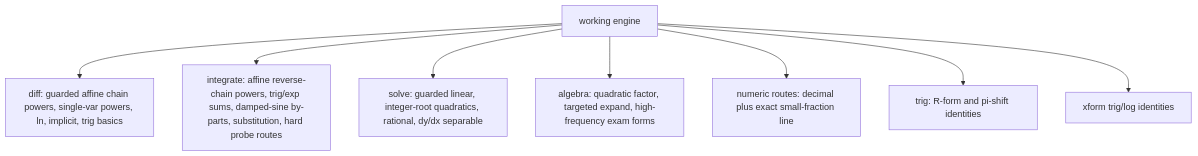
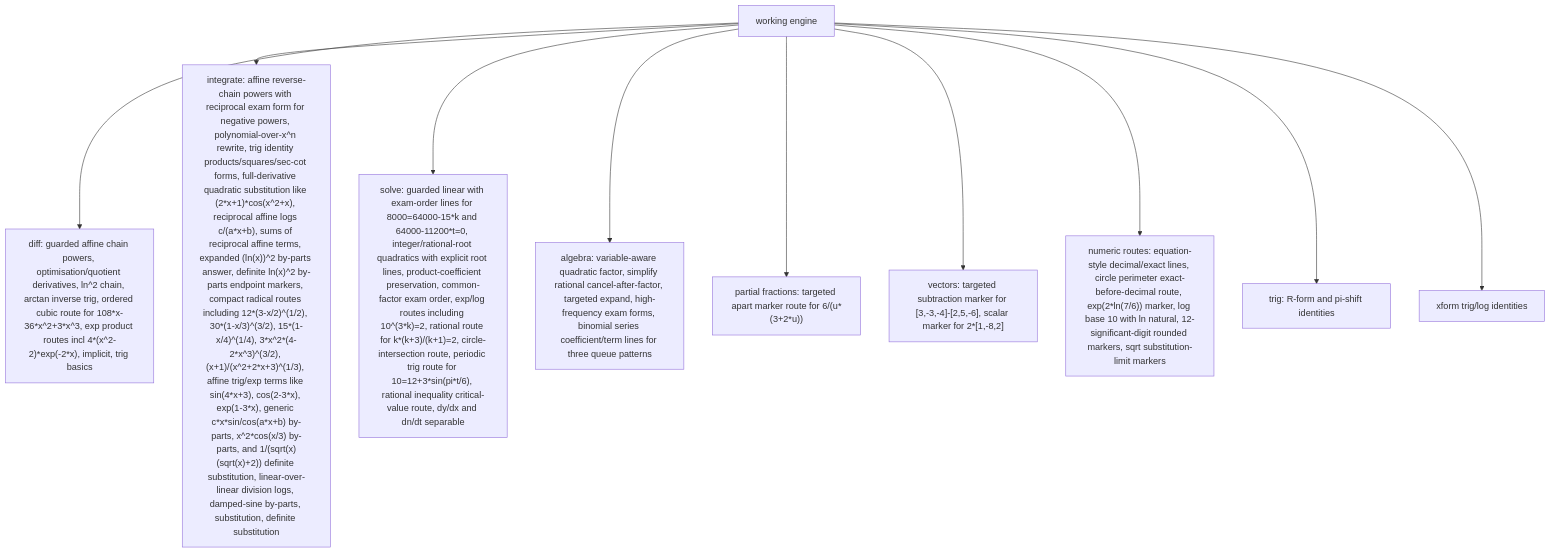
The third of 6 diagrams in docs/GRAPH.md (james8464/notes-addin-casio-fx-cg50), drawn with Mermaid before and after one commit. The commit also changed other lines of this file and 23 other files, not shown here.

Commit message:
feat: replay working routes safely

````diff
--- a/docs/GRAPH.md
+++ b/docs/GRAPH.md
@@ -34,10 +38,12 @@
 ```mermaid
 graph TD
-  Work["working engine"] --> Diff["diff: guarded affine chain powers, single-var powers, ln, implicit, trig basics"]
-  Work --> Int["integrate: affine reverse-chain powers, trig/exp sums, damped-sine by-parts, substitution, hard probe routes"]
-  Work --> Solve["solve: guarded linear, integer-root quadratics, rational, dy/dx separable"]
-  Work --> Alg["algebra: quadratic factor, targeted expand, high-frequency exam forms"]
-  Work --> Num["numeric routes: decimal plus exact small-fraction line"]
+  Work["working engine"] --> Diff["diff: guarded affine chain powers, optimisation/quotient derivatives, ln^2 chain, arctan inverse trig, ordered cubic route for 108*x-36*x^2+3*x^3, exp product routes incl 4*(x^2-2)*exp(-2*x), implicit, trig basics"]
+  Work --> Int["integrate: affine reverse-chain powers with reciprocal exam form for negative powers, polynomial-over-x^n rewrite, trig identity products/squares/sec-cot forms, full-derivative quadratic substitution like (2*x+1)*cos(x^2+x), reciprocal affine logs c/(a*x+b), sums of reciprocal affine terms, expanded (ln(x))^2 by-parts answer, definite ln(x)^2 by-parts endpoint markers, compact radical routes including 12*(3-x/2)^(1/2), 30*(1-x/3)^(3/2), 15*(1-x/4)^(1/4), 3*x^2*(4-2*x^3)^(3/2), (x+1)/(x^2+2*x+3)^(1/3), affine trig/exp terms like sin(4*x+3), cos(2-3*x), exp(1-3*x), generic c*x*sin/cos(a*x+b) by-parts, x^2*cos(x/3) by-parts, and 1/(sqrt(x)(sqrt(x)+2)) definite substitution, linear-over-linear division logs, damped-sine by-parts, substitution, definite substitution"]
+  Work --> Solve["solve: guarded linear with exam-order lines for 8000=64000-15*k and 64000-11200*t=0, integer/rational-root quadratics with explicit root lines, product-coefficient preservation, common-factor exam order, exp/log routes including 10^(3*k)=2, rational route for k*(k+3)/(k+1)=2, circle-intersection route, periodic trig route for 10=12+3*sin(pi*t/6), rational inequality critical-value route, dy/dx and dn/dt separable"]
+  Work --> Alg["algebra: variable-aware quadratic factor, simplify rational cancel-after-factor, targeted expand, high-frequency exam forms, binomial series coefficient/term lines for three queue patterns"]
+  Work --> PF["partial fractions: targeted apart marker route for 6/(u*(3+2*u))"]
+  Work --> Vec["vectors: targeted subtraction marker for [3,-3,-4]-[2,5,-6], scalar marker for 2*[1,-8,2]"]
+  Work --> Num["numeric routes: equation-style decimal/exact lines, circle perimeter exact-before-decimal route, exp(2*ln(7/6)) marker, log base 10 with ln natural, 12-significant-digit rounded markers, sqrt substitution-limit markers"]
   Work --> Trig["trig: R-form and pi-shift identities"]
   Work --> Xform["xform trig/log identities"]
 ```
````
